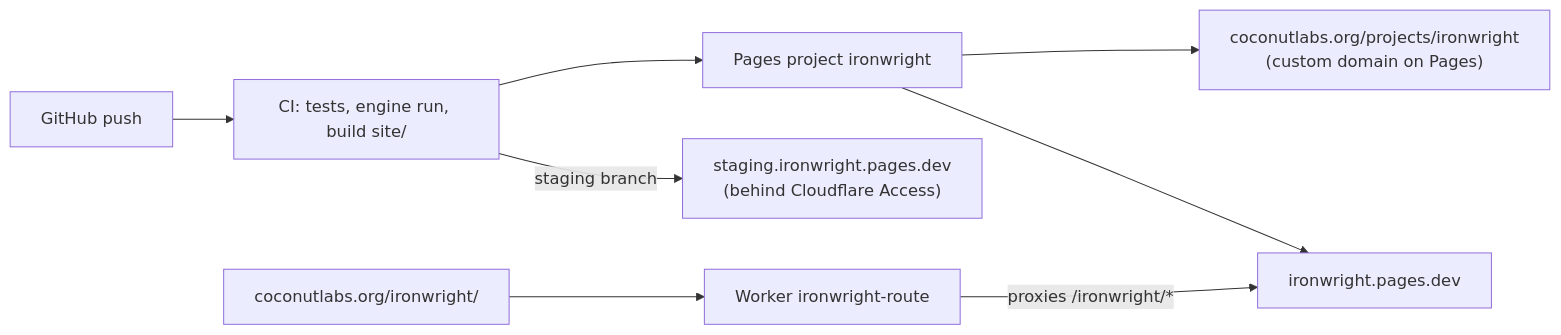
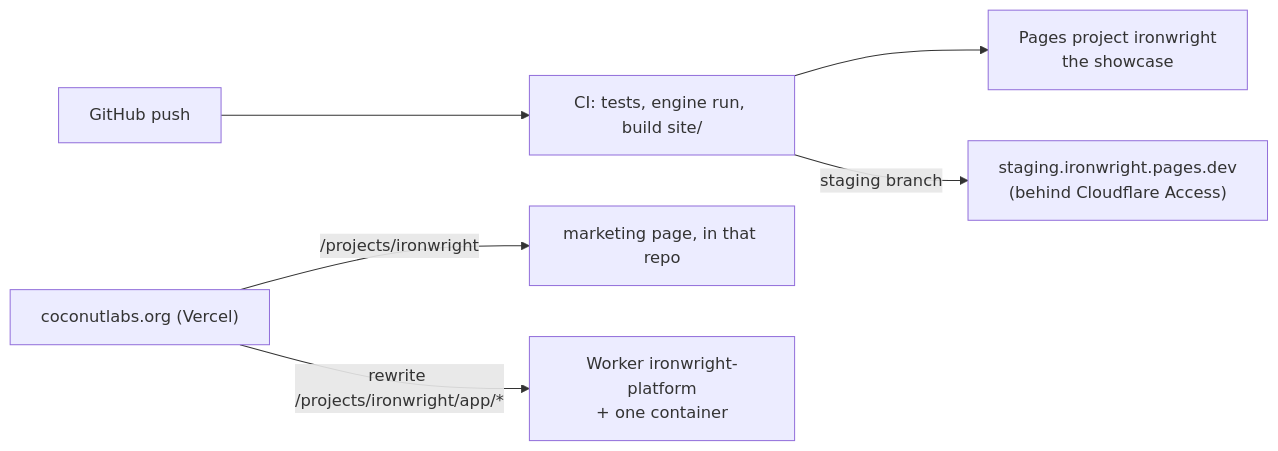
The second of 2 diagrams in deploy/README.md (ShreyPatel4/ironwright), drawn with Mermaid before and after one commit. The commit also changed other lines of this file and 37 other files, not shown here.

First line of the commit message:
Cloudflare Containers kit, served under coconutlabs.org/projects/ironwright/app

````diff
--- a/deploy/README.md
+++ b/deploy/README.md
@@ -33,10 +33,8 @@
 ```mermaid
 flowchart LR
   GH["GitHub push"] --> CI["CI: tests, engine run, build site/"]
-  CI --> P["Pages project ironwright"]
-  P --> SUB["coconutlabs.org/projects/ironwright<br/>(custom domain on Pages)"]
-  P --> PD["ironwright.pages.dev"]
-  W["Worker ironwright-route"] -- "proxies /ironwright/*" --> PD
-  MAIN["coconutlabs.org/ironwright/"] --> W
+  CI --> P["Pages project ironwright<br/>the showcase"]
   CI -- "staging branch" --> ST["staging.ironwright.pages.dev<br/>(behind Cloudflare Access)"]
+  SITE["coconutlabs.org (Vercel)"] -- "/projects/ironwright" --> PAGE["marketing page, in that repo"]
+  SITE -- "rewrite /projects/ironwright/app/*" --> W["Worker ironwright-platform<br/>+ one container"]
 ```
````
